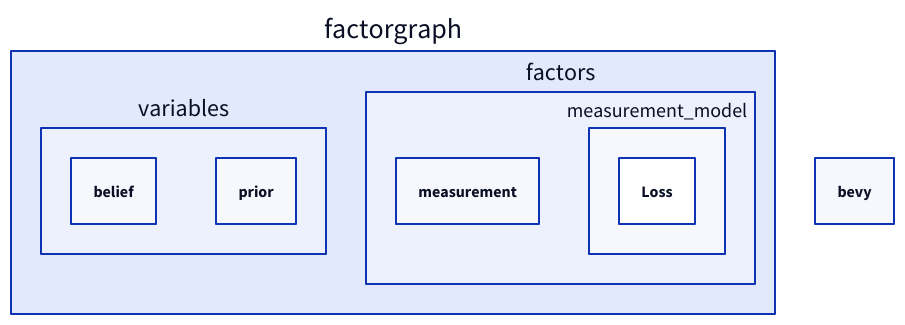
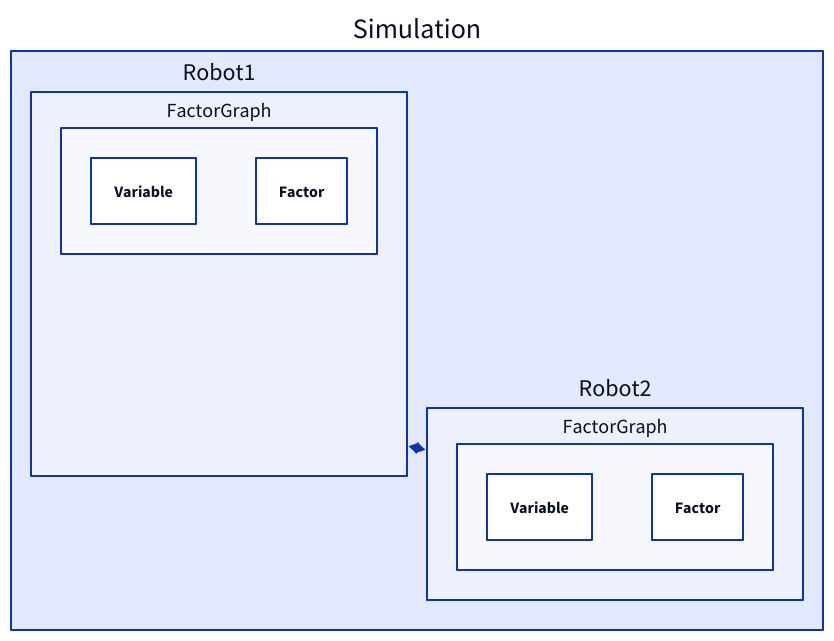
One commit to AU-Master-Thesis/magics changed the diagram in diagrams/architeture.d2. Above: the diagram before and after it, drawn with D2. The commit also changed 6 other files, not shown here.

```diff
--- a/diagrams/architeture.d2
+++ b/diagrams/architeture.d2
@@ -1,21 +1,42 @@
+
+Simulation: {
+
+Robot1: {
+  FactorGraph: {
+    Variable
+    Factor
+  }
+}
 
 
-factorgraph: {
-  variables: {
-    belief
-    prior
-  }
-  factors: {
-    measurement
-    measurement_model: {
-        Loss
-    }
+Robot2: {
+  FactorGraph: {
+    Variable
+    Factor
   }
 }
+
+
+Robot1 <-> Robot2
+
+}
+
+# factorgraph: {
+#   variables: {
+#     belief
+#     prior
+#   }
+#   factors: {
+#     measurement
+#     measurement_model: {
+#         Loss
+#     }
+#   }
+# }
 
 # factorgraph.variables
 # factorgraph.factors
 
 # factorgraph.factors.measurements
 
-bevy
+# bevy
```
